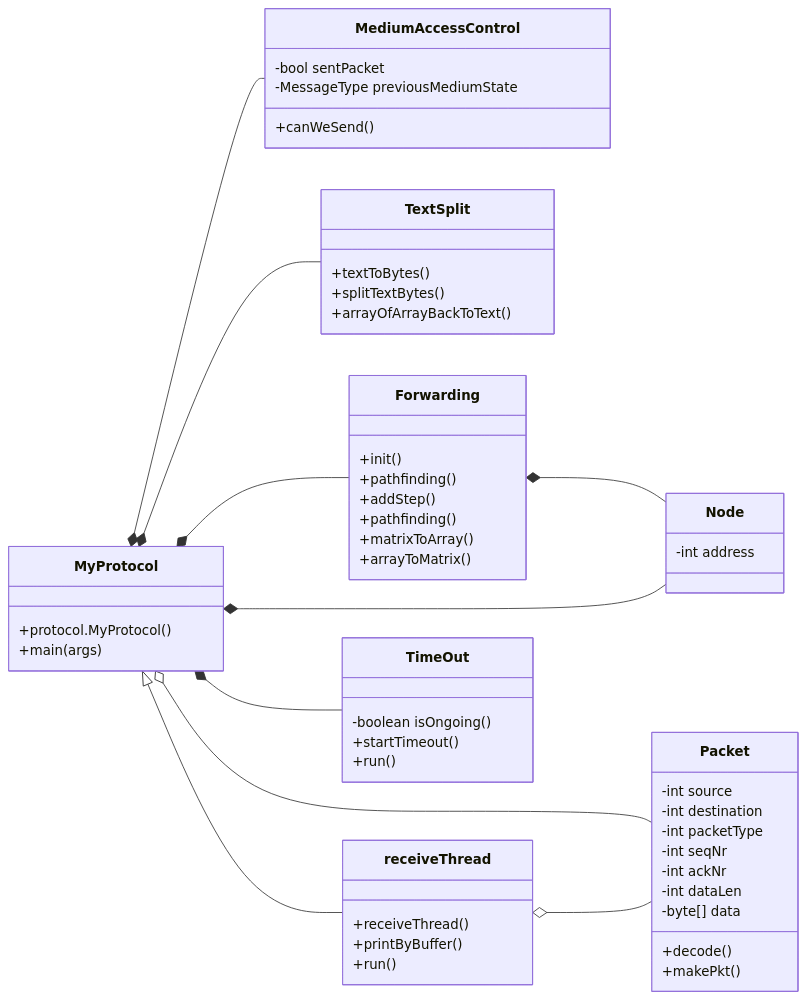
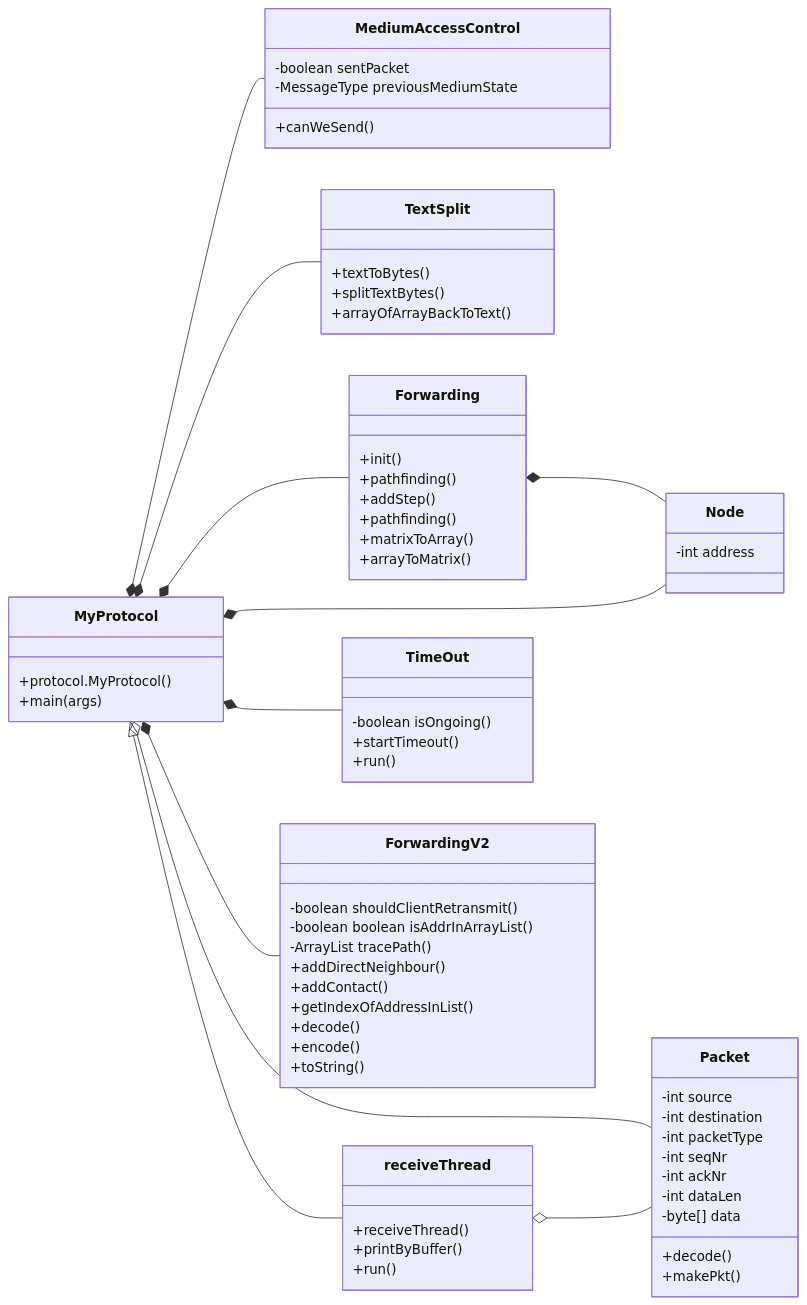
One commit to Traydr/ut-tcs-m3-project-100 changed the diagram in planning.md. Above: the diagram before and after it, drawn with Mermaid.

Commit message:
classDiagram

````diff
--- a/planning.md
+++ b/planning.md
@@ -1,69 +1,82 @@
 ```mermaid
 classDiagram
     direction LR
     
     class MyProtocol {
         +protocol.MyProtocol()
         +main(args)
     }
     
     class Packet {
         -int source
         -int destination
         -int packetType
         -int seqNr
         -int ackNr
         -int dataLen
         -byte[] data
         +decode()
         +makePkt()
     }
     
     class MediumAccessControl{
-        -bool sentPacket
+        -boolean sentPacket
         -MessageType previousMediumState
         
         +canWeSend()
     }
     
     class TextSplit{
         +textToBytes()
         +splitTextBytes()
         +arrayOfArrayBackToText()
     }
     
     class Forwarding{
         +init()
         +pathfinding()
         +addStep()
         +pathfinding()
         +matrixToArray()
         +arrayToMatrix()
     }
     
     class receiveThread{
         +receiveThread()
         +printByBuffer()
         +run()
     }
     
     class Node{
         -int address
     }
     
     class TimeOut{
     -boolean isOngoing()
     +startTimeout()
     +run()
     }
     
+    class ForwardingV2{
+    -boolean shouldClientRetransmit()
+    -boolean boolean isAddrInArrayList()
+    -ArrayList<Integer> tracePath()
+    +addDirectNeighbour()
+    +addContact()
+    +getIndexOfAddressInList()
+    +decode()
+    +encode()
+    +toString()    
+    }
+    
     MyProtocol *-- MediumAccessControl
     MyProtocol *-- TextSplit
     MyProtocol *-- Forwarding
+    MyProtocol *-- ForwardingV2
     MyProtocol *-- TimeOut
     MyProtocol <|-- receiveThread
     Forwarding *-- Node
     MyProtocol *-- Node
     MyProtocol o-- Packet
     receiveThread o-- Packet
 ```
````
